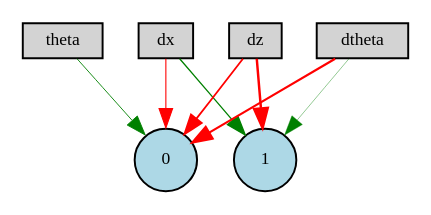
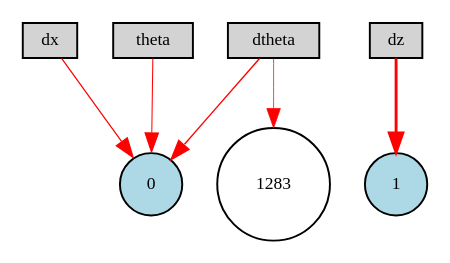
Before and after one commit to benjaminkeltjens/BioInspiredDrone: the diagram in third_aggressive_stabiliser/winner-ctrnn.gv, drawn with Graphviz. The commit also changed 890 other files, not shown here.

```diff
--- a/third_aggressive_stabiliser/winner-ctrnn.gv
+++ b/third_aggressive_stabiliser/winner-ctrnn.gv
@@ -1,16 +1,15 @@
 digraph {
 	node [fontsize=9 height=0.2 shape=circle width=0.2]
 	dx [fillcolor=lightgray shape=box style=filled]
 	dz [fillcolor=lightgray shape=box style=filled]
 	theta [fillcolor=lightgray shape=box style=filled]
 	dtheta [fillcolor=lightgray shape=box style=filled]
 	0 [fillcolor=lightblue style=filled]
 	1 [fillcolor=lightblue style=filled]
-	dtheta -> 0 [color=red penwidth=1.1406461651217121 style=solid]
-	dz -> 0 [color=red penwidth=0.917971312004159 style=solid]
-	dz -> 1 [color=red penwidth=1.271340689192582 style=solid]
-	dx -> 1 [color=green penwidth=0.677927231992885 style=solid]
-	dtheta -> 1 [color=green penwidth=0.21972997106643755 style=solid]
-	theta -> 0 [color=green penwidth=0.4584823260502122 style=solid]
-	dx -> 0 [color=red penwidth=0.556909539197395 style=solid]
+	1283 [fillcolor=white style=filled]
+	dtheta -> 0 [color=red penwidth=0.7229270456521734 style=solid]
+	theta -> 0 [color=red penwidth=0.529011820286557 style=solid]
+	dz -> 1 [color=red penwidth=1.484427435298728 style=solid]
+	dx -> 0 [color=red penwidth=0.6205093351661392 style=solid]
+	dtheta -> 1283 [color=red penwidth=0.3790492865142001 style=solid]
 }
```
